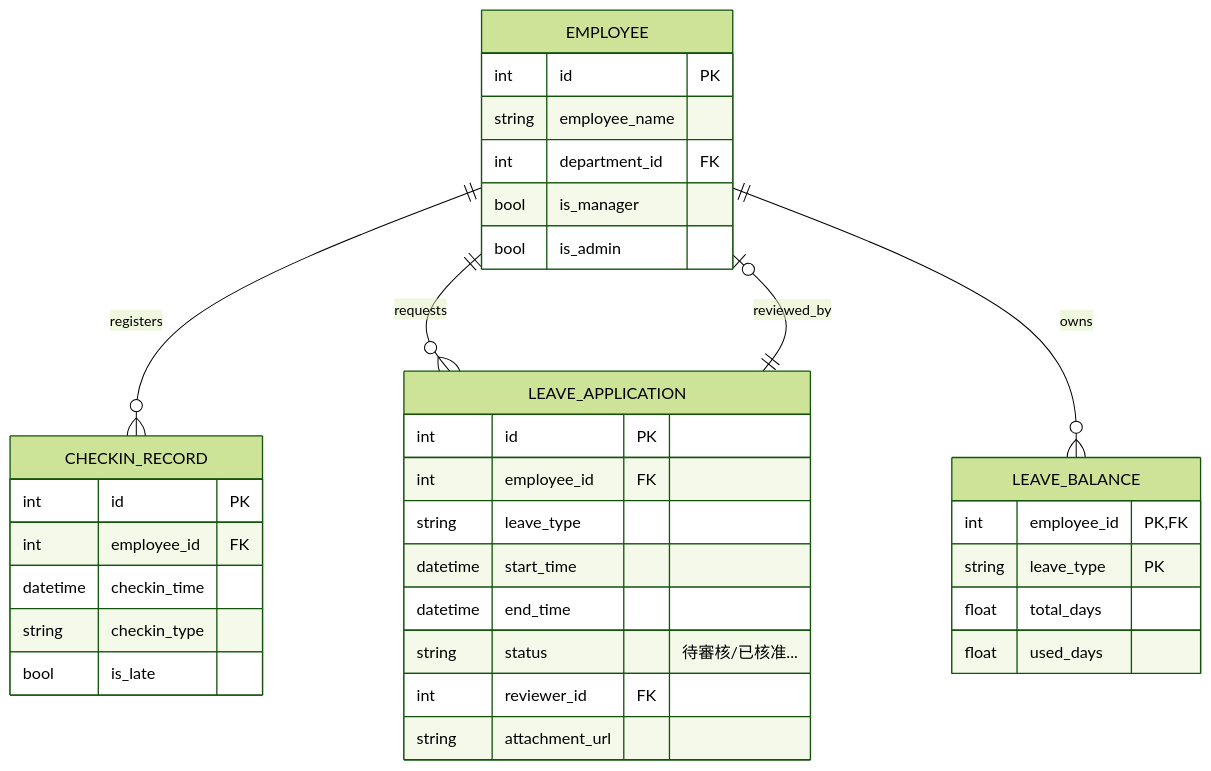
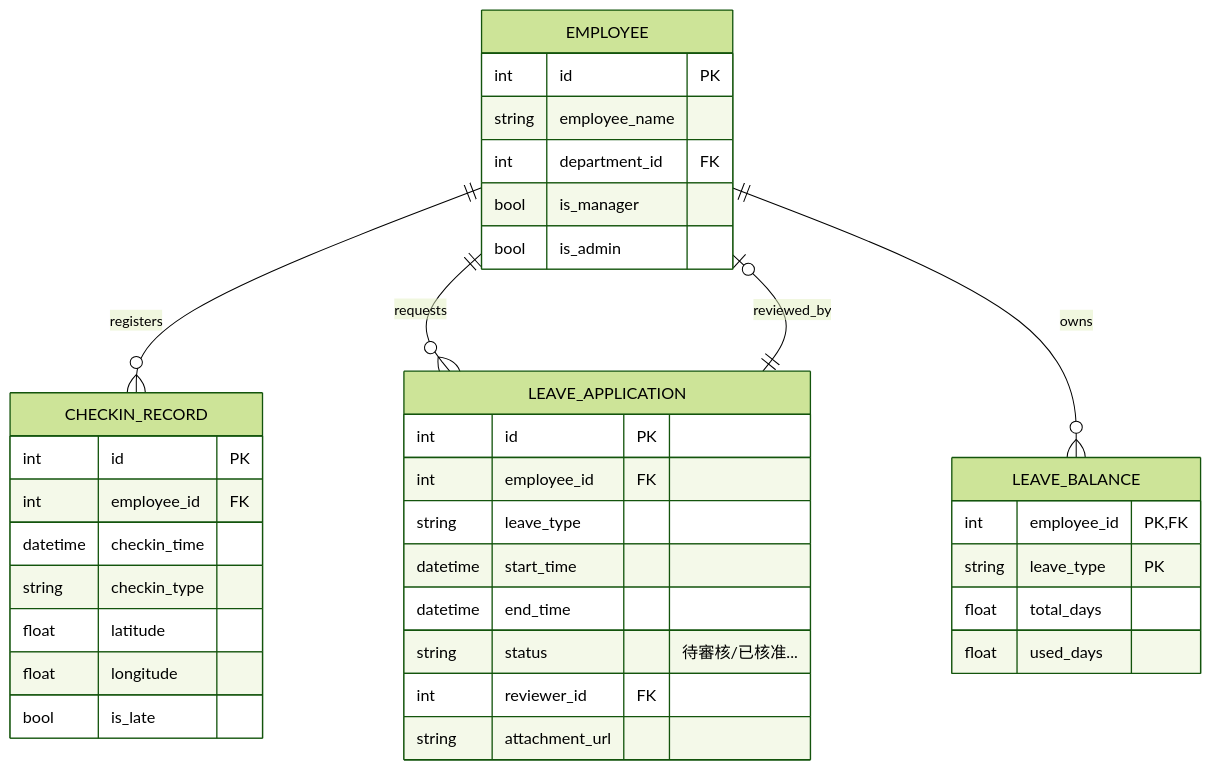
One commit to tylerlee0610-coder/attendance-system changed the third of 3 diagrams in docs/docs/SD.md. Above: the diagram before and after it, drawn with Mermaid (forest theme). The commit also changed other lines of this file and 26 other files, not shown here.

````diff
--- a/docs/docs/SD.md
+++ b/docs/docs/SD.md
@@ -114,37 +116,39 @@
 ```mermaid
 erDiagram
 EMPLOYEE ||--o{ CHECKIN_RECORD : registers
 EMPLOYEE ||--o{ LEAVE_APPLICATION : requests
 EMPLOYEE ||--o{ LEAVE_BALANCE : owns
 LEAVE_APPLICATION ||--o| EMPLOYEE : reviewed_by
 EMPLOYEE {
 int id PK
 string employee_name
 int department_id FK
 bool is_manager
 bool is_admin
 }
 CHECKIN_RECORD {
 int id PK
 int employee_id FK
 datetime checkin_time
 string checkin_type
+float latitude
+float longitude
 bool is_late
 }
 LEAVE_APPLICATION {
 int id PK
 int employee_id FK
 string leave_type
 datetime start_time
 datetime end_time
 string status "待審核/已核准..."
 int reviewer_id FK
 string attachment_url
 }
 LEAVE_BALANCE {
 int employee_id PK, FK
 string leave_type PK
 float total_days
 float used_days
 }
 ```
````
